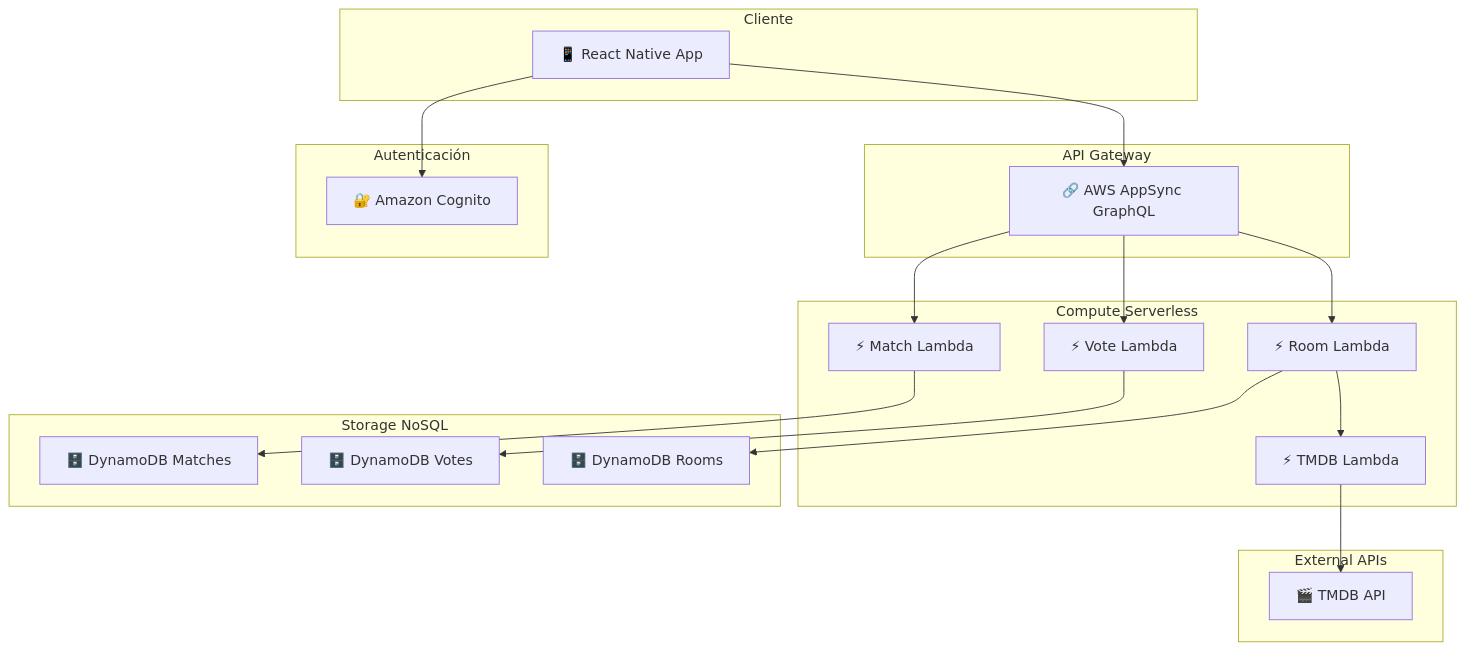
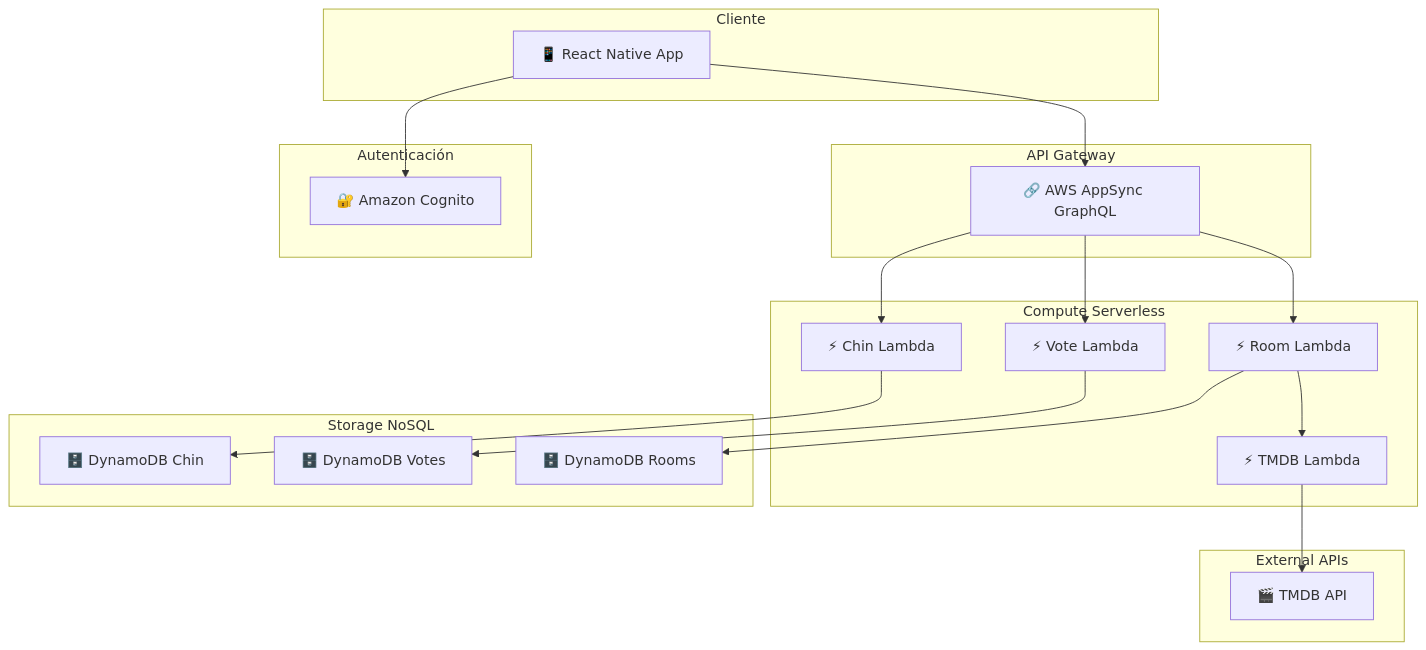
The first of 2 diagrams in docs/technical/README.md (ibanezbetes/trinity-movie-voting), drawn with Mermaid before and after one commit. The commit also changed other lines of this file and 54 other files, not shown here.

````diff
--- a/docs/technical/README.md
+++ b/docs/technical/README.md
@@ -111,42 +111,42 @@
 ```mermaid
 graph TB
     subgraph "Cliente"
         A[📱 React Native App]
     end
     
     subgraph "API Gateway"
         B[🔗 AWS AppSync GraphQL]
     end
     
     subgraph "Autenticación"
         C[🔐 Amazon Cognito]
     end
     
     subgraph "Compute Serverless"
         D[⚡ Room Lambda]
         E[⚡ Vote Lambda]
-        F[⚡ Match Lambda]
+        F[⚡ Chin Lambda]
         G[⚡ TMDB Lambda]
     end
     
     subgraph "Storage NoSQL"
         H[🗄️ DynamoDB Rooms]
         I[🗄️ DynamoDB Votes]
-        J[🗄️ DynamoDB Matches]
+        J[🗄️ DynamoDB Chin]
     end
     
     subgraph "External APIs"
         K[🎬 TMDB API]
     end
     
     A --> B
     A --> C
     B --> D
     B --> E
     B --> F
     D --> G
     D --> H
     E --> I
     F --> J
     G --> K
 ```
````
